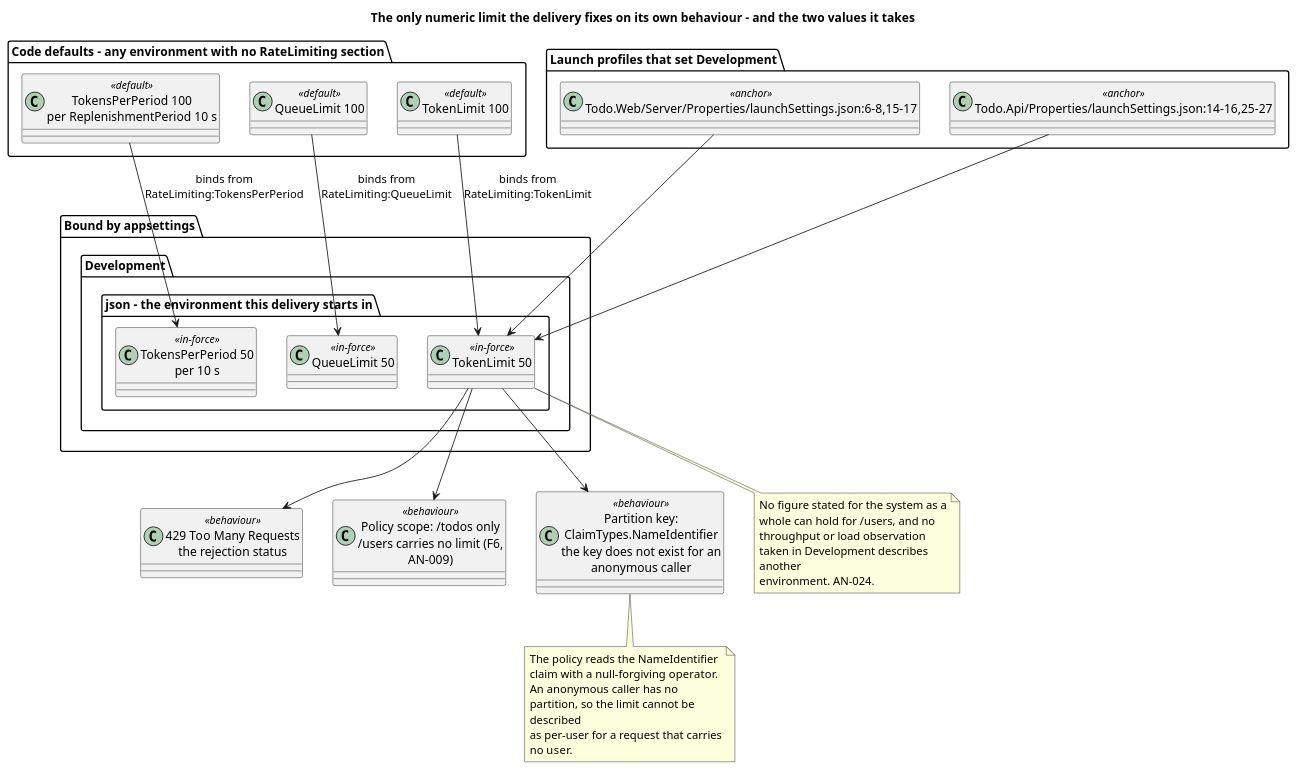
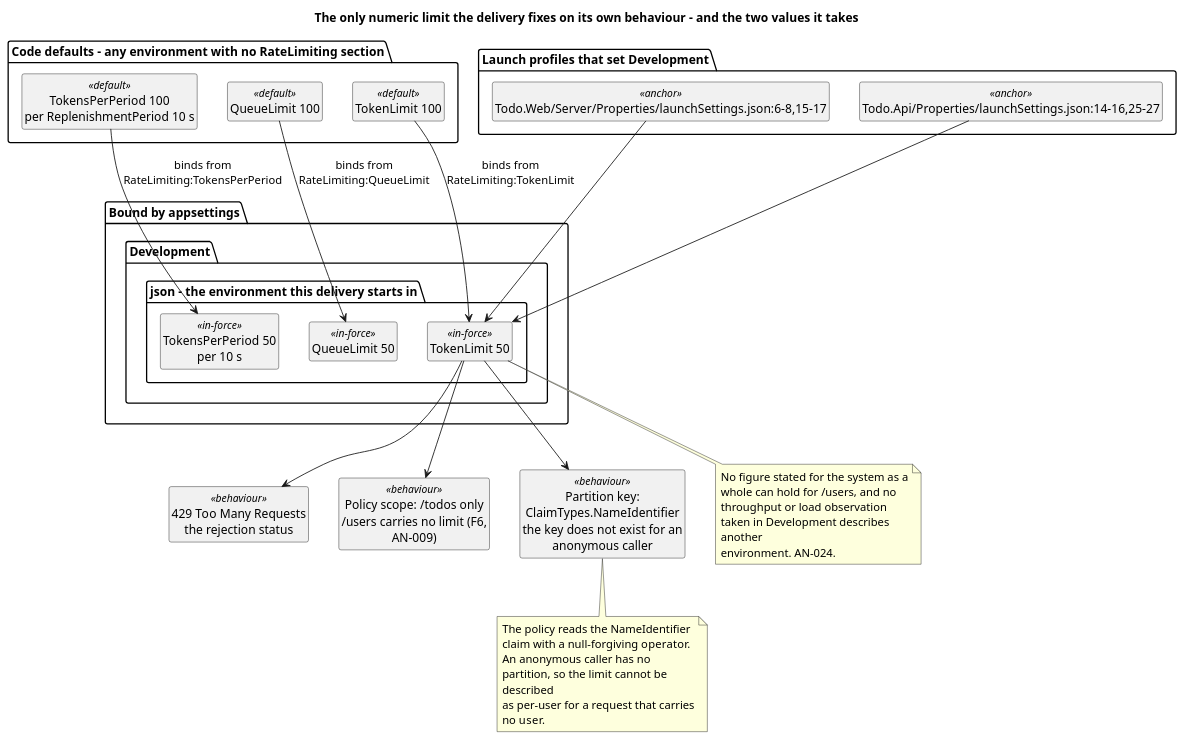
Before and after one commit to banense-test/TodoApp: the third of 7 diagrams in docs/artifacts/requirements/supplementary-specification.md, drawn with PlantUML. The commit also changed other lines of this file, not shown here.

````diff
--- a/docs/artifacts/requirements/supplementary-specification.md
+++ b/docs/artifacts/requirements/supplementary-specification.md
@@ -212,50 +214,52 @@
 ```plantuml
 @startuml
 title The only numeric limit the delivery fixes on its own behaviour - and the two values it takes
 
 skinparam shadowing false
 skinparam wrapWidth 225
+hide circle
+hide empty members
 
 package "Code defaults - any environment with no RateLimiting section" {
   class "TokenLimit 100" as D1 <<default>>
   class "TokensPerPeriod 100\nper ReplenishmentPeriod 10 s" as D2 <<default>>
   class "QueueLimit 100" as D3 <<default>>
 }
 
 package "Bound by appsettings.Development.json - the environment this delivery starts in" {
   class "TokenLimit 50" as E1 <<in-force>>
   class "TokensPerPeriod 50\nper 10 s" as E2 <<in-force>>
   class "QueueLimit 50" as E3 <<in-force>>
 }
 
 package "Launch profiles that set Development" {
   class "Todo.Api/Properties/launchSettings.json:14-16,25-27" as L1 <<anchor>>
   class "Todo.Web/Server/Properties/launchSettings.json:6-8,15-17" as L2 <<anchor>>
 }
 
 class "429 Too Many Requests\nthe rejection status" as REJ <<behaviour>>
 class "Policy scope: /todos only\n/users carries no limit (F6, AN-009)" as SCOPE <<behaviour>>
 class "Partition key: ClaimTypes.NameIdentifier\nthe key does not exist for an anonymous caller" as PART <<behaviour>>
 
 D1 --> E1 : binds from\nRateLimiting:TokenLimit
 D2 --> E2 : binds from\nRateLimiting:TokensPerPeriod
 D3 --> E3 : binds from\nRateLimiting:QueueLimit
 L1 --> E1
 L2 --> E1
 E1 --> REJ
 E1 --> SCOPE
 E1 --> PART
 
 note bottom of E1
   No figure stated for the system as a whole can hold for /users, and no
   throughput or load observation taken in Development describes another
   environment. AN-024.
 end note
 note bottom of PART
   The policy reads the NameIdentifier claim with a null-forgiving operator.
   An anonymous caller has no partition, so the limit cannot be described
   as per-user for a request that carries no user.
 end note
 
 @enduml
 ```
````
